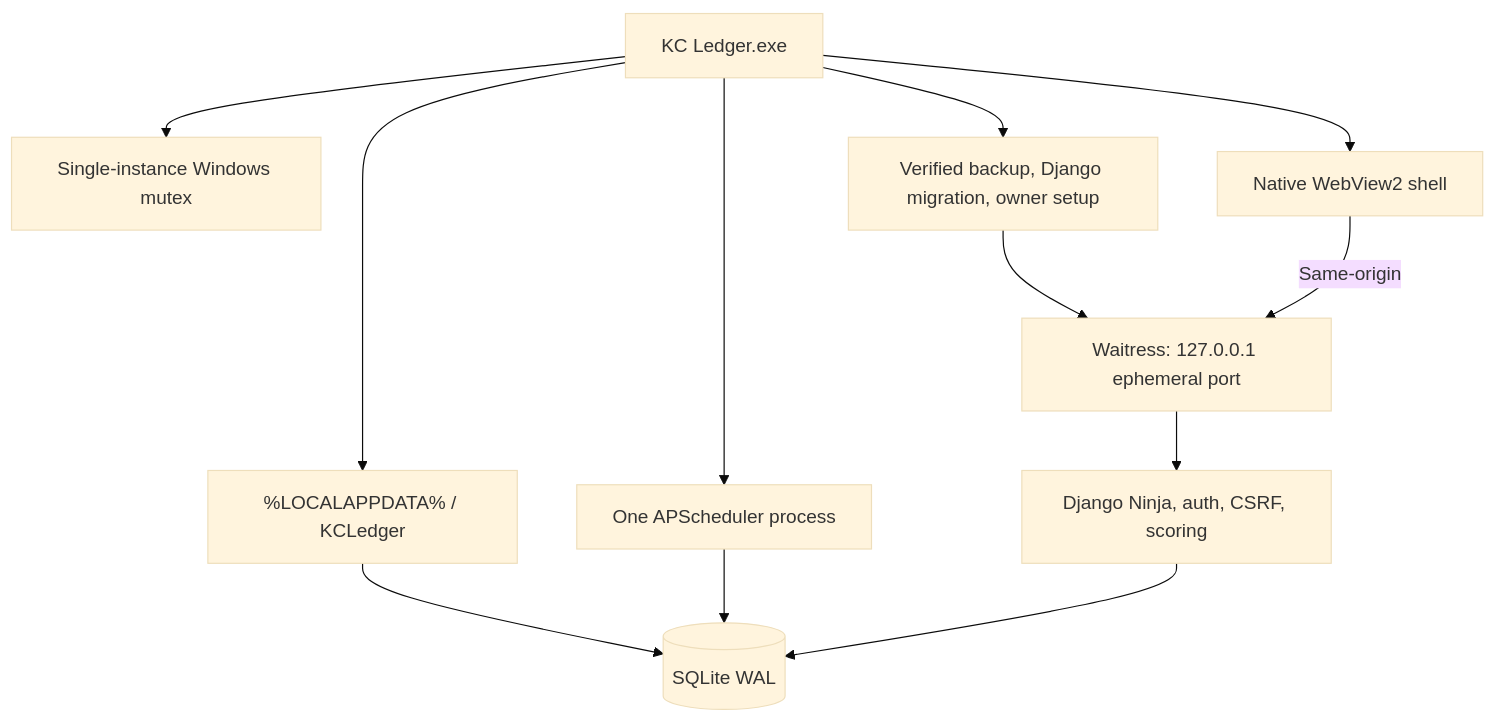
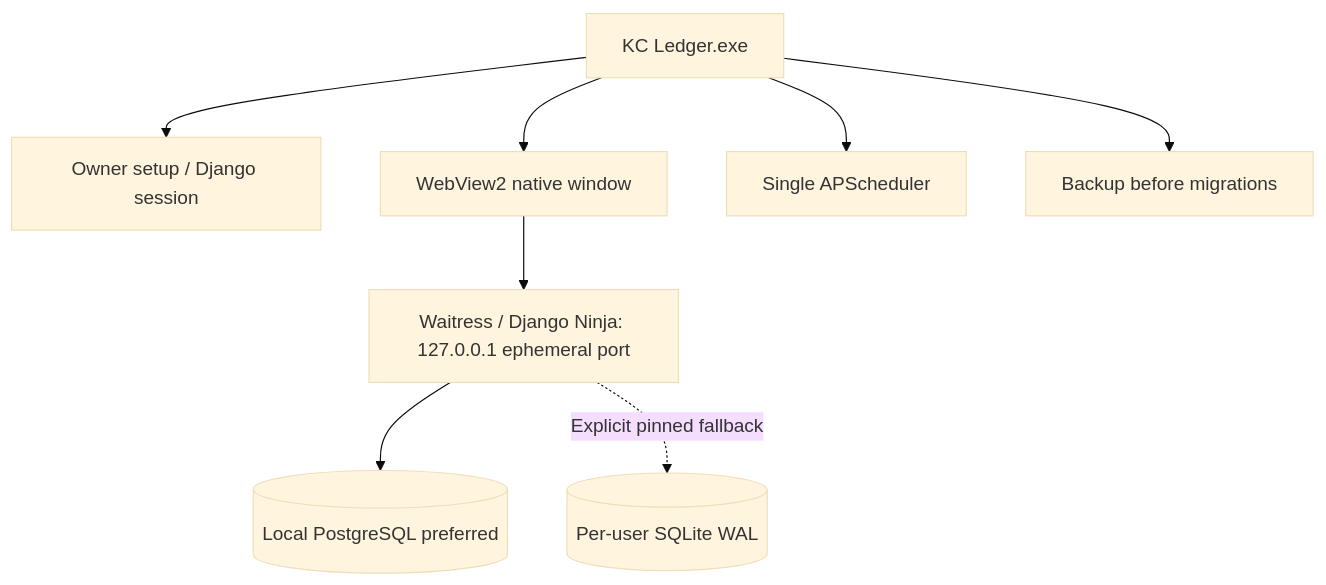
One commit to PerezChris99/kc-ledger changed the diagram in docs/22-desktop-app.md. Above: the diagram before and after it, drawn with Mermaid (base theme). The commit also changed other lines of this file and 27 other files, not shown here.

First line of the commit message:
feat(database): prefer local PostgreSQL with safe pinned SQLite fallback

````diff
--- a/docs/22-desktop-app.md
+++ b/docs/22-desktop-app.md
@@ -5,14 +5,10 @@
 ```mermaid
 flowchart TD
-  EXE[KC Ledger.exe] --> MUTEX[Single-instance Windows mutex]
-  EXE --> DATA[%LOCALAPPDATA% / KCLedger]
-  DATA --> DB[(SQLite WAL)]
-  EXE --> MIGRATE[Verified backup, Django migration, owner setup]
-  MIGRATE --> HTTP[Waitress: 127.0.0.1 ephemeral port]
-  HTTP --> API[Django Ninja, auth, CSRF, scoring]
-  EXE --> UI[Native WebView2 shell]
-  UI -->|Same-origin| HTTP
-  EXE --> SCHED[One APScheduler process]
-  SCHED --> DB
-  API --> DB
+  EXE[KC Ledger.exe] --> AUTH[Owner setup / Django session]
+  EXE --> WEB[WebView2 native window]
+  WEB --> API[Waitress / Django Ninja: 127.0.0.1 ephemeral port]
+  API --> PG[(Local PostgreSQL preferred)]
+  API -.Explicit pinned fallback.-> SQLITE[(Per-user SQLite WAL)]
+  EXE --> SCHED[Single APScheduler]
+  EXE --> BK[Backup before migrations]
 ```
````
